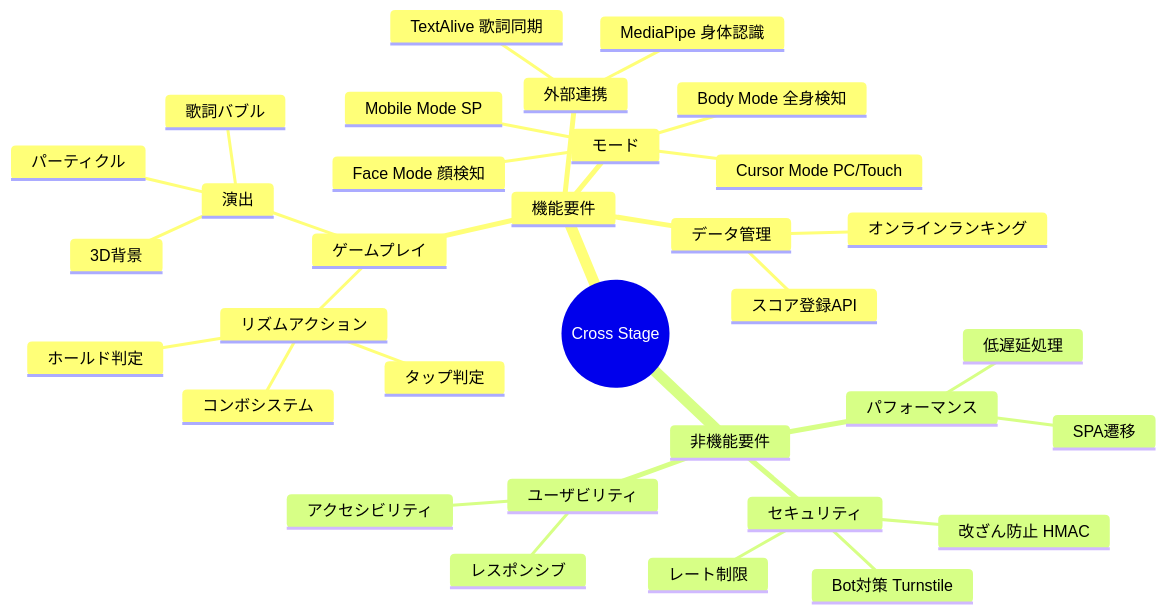
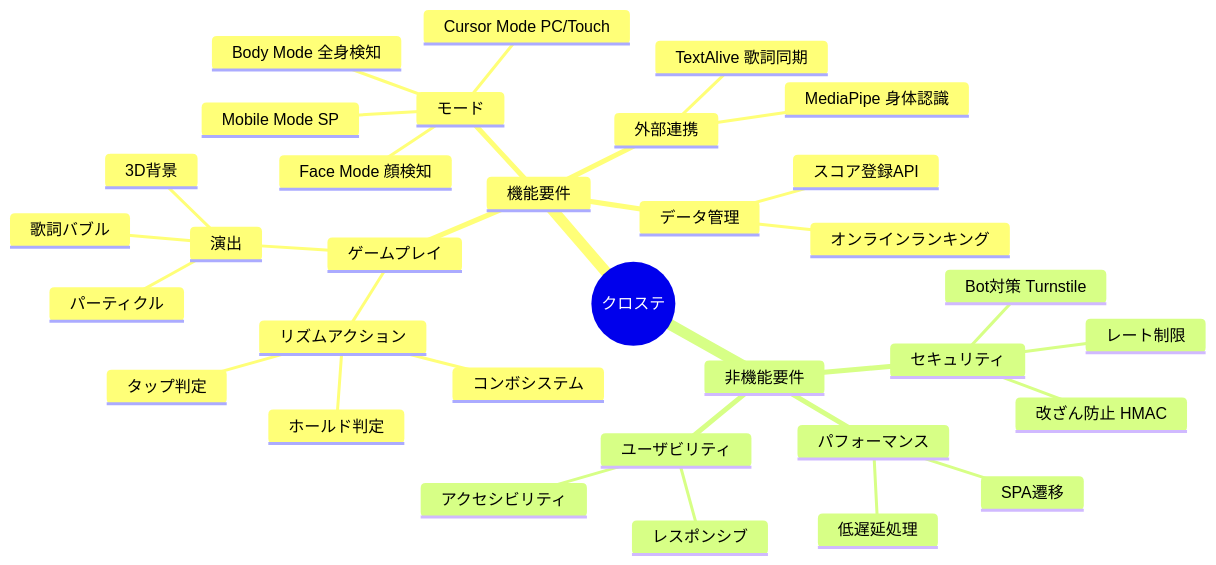
The fifth of 12 diagrams in README.md (syusyusyusyu/star), drawn with Mermaid before and after one commit. The commit also changed other lines of this file and 1 other file, not shown here.

Commit message:
fix: READMEの表記を「Cross Stage」から「クロステ」に統一し、関連情報を整理

````diff
--- a/README.md
+++ b/README.md
@@ -201,36 +201,36 @@
 ```mermaid
 mindmap
-  root((Cross Stage))
+  root((クロステ))
     機能要件
       ゲームプレイ
         リズムアクション
           タップ判定
           ホールド判定
           コンボシステム
         演出
           歌詞バブル
           3D背景
           パーティクル
       モード
         Cursor Mode PC/Touch
         Mobile Mode SP
         Body Mode 全身検知
         Face Mode 顔検知
       外部連携
         TextAlive 歌詞同期
         MediaPipe 身体認識
       データ管理
         オンラインランキング
         スコア登録API
     非機能要件
       パフォーマンス
         低遅延処理
         SPA遷移
       セキュリティ
         Bot対策 Turnstile
         改ざん防止 HMAC
         レート制限
       ユーザビリティ
         レスポンシブ
         アクセシビリティ
 ```
````
